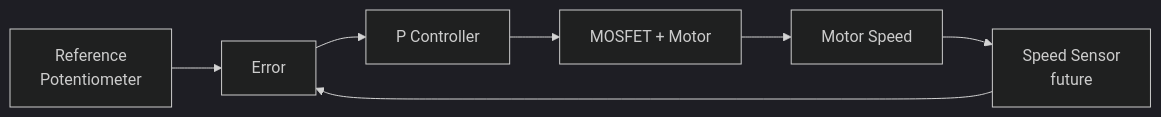
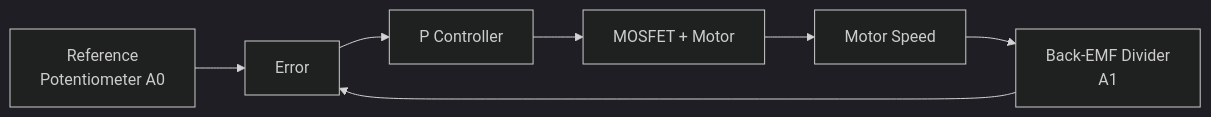
Before and after one commit to jaimetriv/power-electronics-and-control-training: the fourth of 4 diagrams in docs/06_P_Controller.md, drawn with Mermaid (dark theme). The commit also changed other lines of this file and 1 other file, not shown here.

````diff
--- a/docs/06_P_Controller.md
+++ b/docs/06_P_Controller.md
@@ -748,16 +785,16 @@
 ```mermaid
 graph LR
 
-R[Reference\nPotentiometer]
+R[Reference\nPotentiometer A0]
 --> E[Error]
 
 E --> C[P Controller]
 
 C --> P[MOSFET + Motor]
 
 P --> Y[Motor Speed]
 
-Y --> F[Speed Sensor\nfuture]
+Y --> F[Back-EMF Divider\nA1]
 
 F --> E
 ```
````
